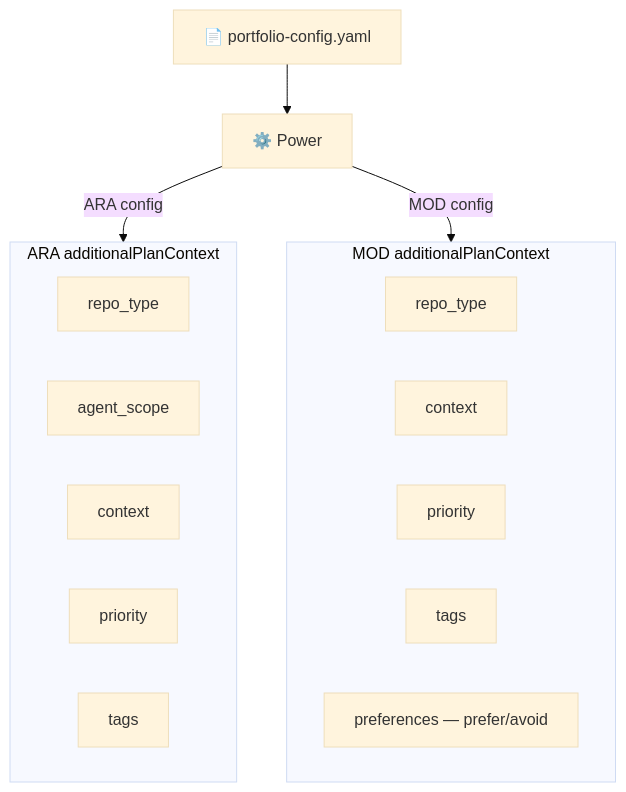
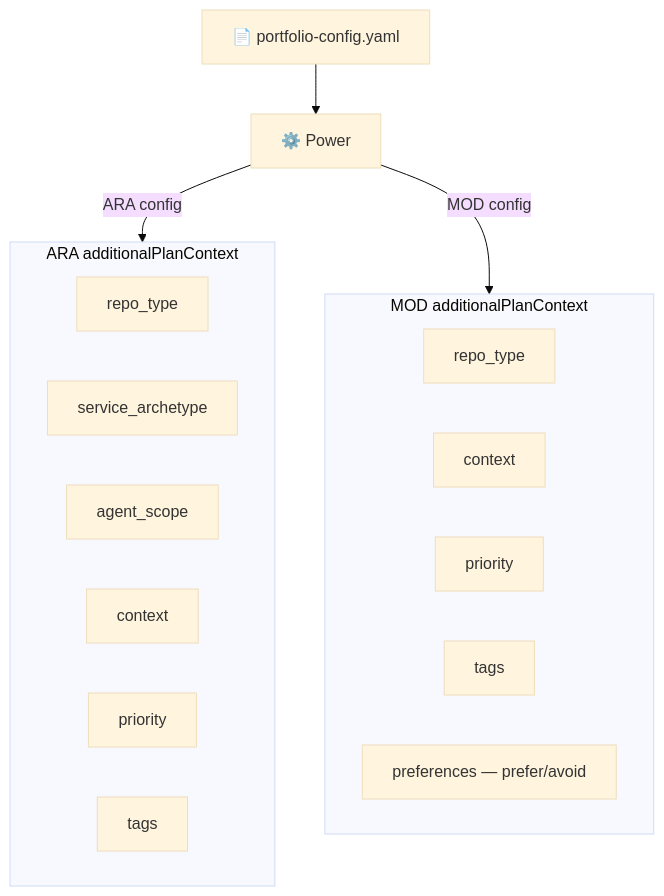
One commit to aws-samples/sample-agentic-readiness-analysis-orchestrator changed the third of 4 diagrams in README.md. Above: the diagram before and after it, drawn with Mermaid (base theme). The commit also changed other lines of this file and 5 other files, not shown here.

````diff
--- a/README.md
+++ b/README.md
@@ -77,23 +77,24 @@
 ```mermaid
 flowchart TB
     YAML[📄 portfolio-config.yaml] --> POWER[⚙️ Power]
     
     POWER -->|ARA config| ARA_CFG
     POWER -->|MOD config| MOD_CFG
 
     subgraph ARA_CFG [ARA additionalPlanContext]
         A1[repo_type]
-        A2[agent_scope]
-        A3[context]
-        A4[priority]
-        A5[tags]
+        A2[service_archetype]
+        A3[agent_scope]
+        A4[context]
+        A5[priority]
+        A6[tags]
     end
 
     subgraph MOD_CFG [MOD additionalPlanContext]
         M1[repo_type]
         M2[context]
         M3[priority]
         M4[tags]
         M5[preferences — prefer/avoid]
     end
 ```
````
